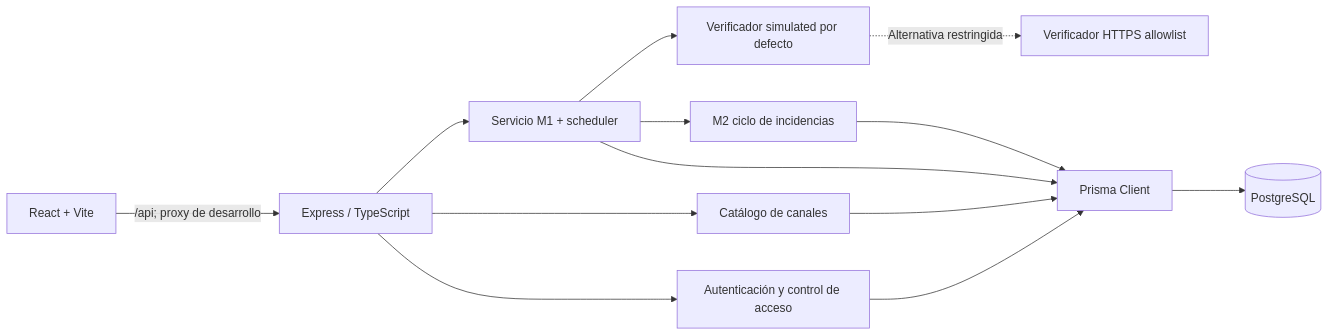
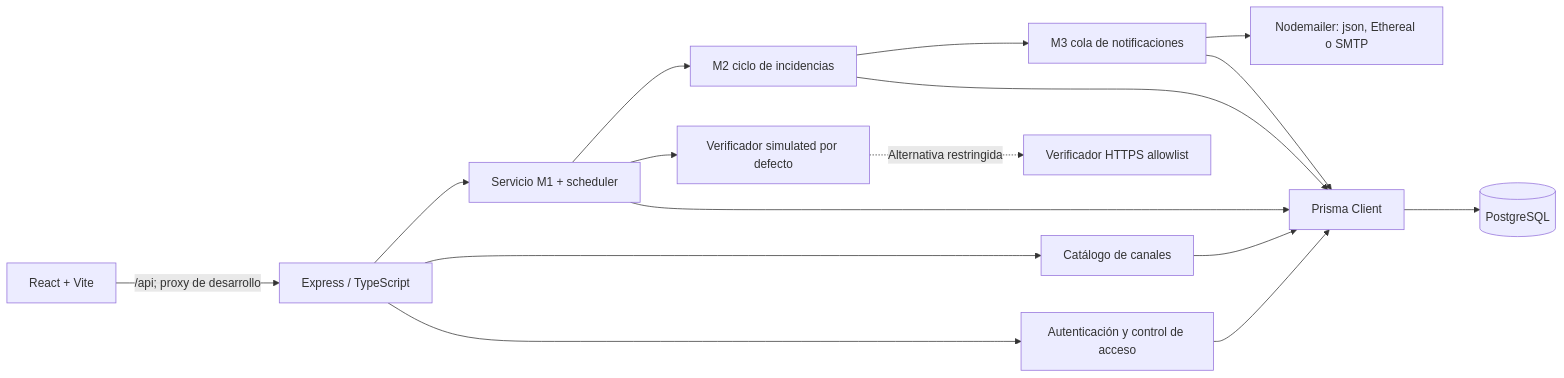
One commit to Enerdev/Sistemas-de-la-Informacion changed the diagram in docs/manual-tecnico.md. Above: the diagram before and after it, drawn with Mermaid. The commit also changed other lines of this file and 31 other files, not shown here.

````diff
--- a/docs/manual-tecnico.md
+++ b/docs/manual-tecnico.md
@@ -9,15 +9,18 @@
 ```mermaid
 flowchart LR
     Browser[React + Vite] -->|/api; proxy de desarrollo| Express[Express / TypeScript]
     Express --> Auth[Autenticación y control de acceso]
     Express --> Channel[Catálogo de canales]
     Express --> Monitor[Servicio M1 + scheduler]
     Monitor --> Verifier[Verificador simulated por defecto]
     Verifier -. Alternativa restringida .-> HTTP[Verificador HTTPS allowlist]
     Monitor --> Incident[M2 ciclo de incidencias]
+    Incident --> Outbox[M3 cola de notificaciones]
+    Outbox --> Mailer[Nodemailer: json, Ethereal o SMTP]
     Auth --> Prisma[Prisma Client]
     Channel --> Prisma
     Monitor --> Prisma
     Incident --> Prisma
+    Outbox --> Prisma
     Prisma --> PG[(PostgreSQL)]
 ```
````
